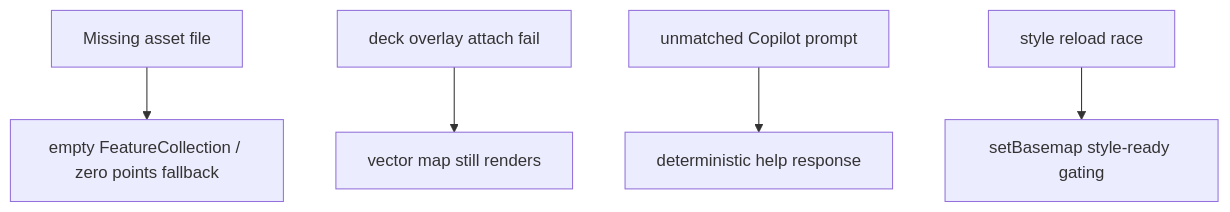
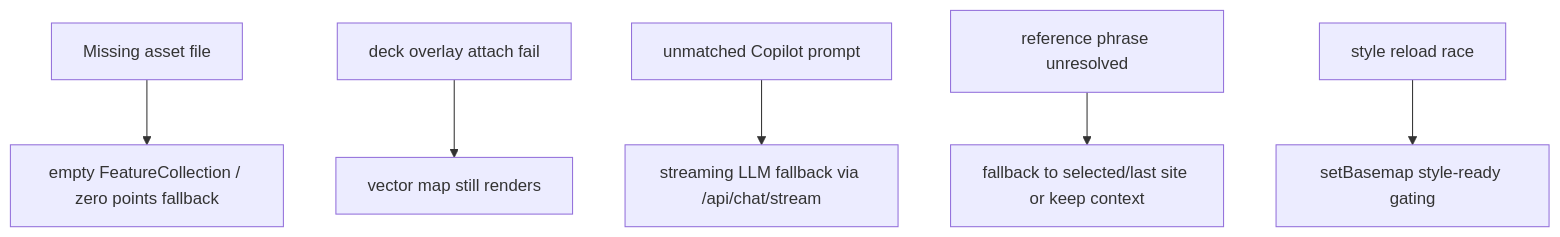
Before and after one commit to ninebar-ai/GIS: diagram 11 of 11 in V1_LLD.md, drawn with Mermaid. The commit also changed other lines of this file and 3 other files, not shown here.

````diff
--- a/V1_LLD.md
+++ b/V1_LLD.md
@@ -231,7 +245,8 @@
 ```mermaid
 flowchart TB
   E1["Missing asset file"] --> F1["empty FeatureCollection / zero points fallback"]
   E2["deck overlay attach fail"] --> F2["vector map still renders"]
-  E3["unmatched Copilot prompt"] --> F3["deterministic help response"]
+  E3["unmatched Copilot prompt"] --> F3["streaming LLM fallback via /api/chat/stream"]
+  E5["reference phrase unresolved"] --> F5["fallback to selected/last site or keep context"]
   E4["style reload race"] --> F4["setBasemap style-ready gating"]
 ```
````
